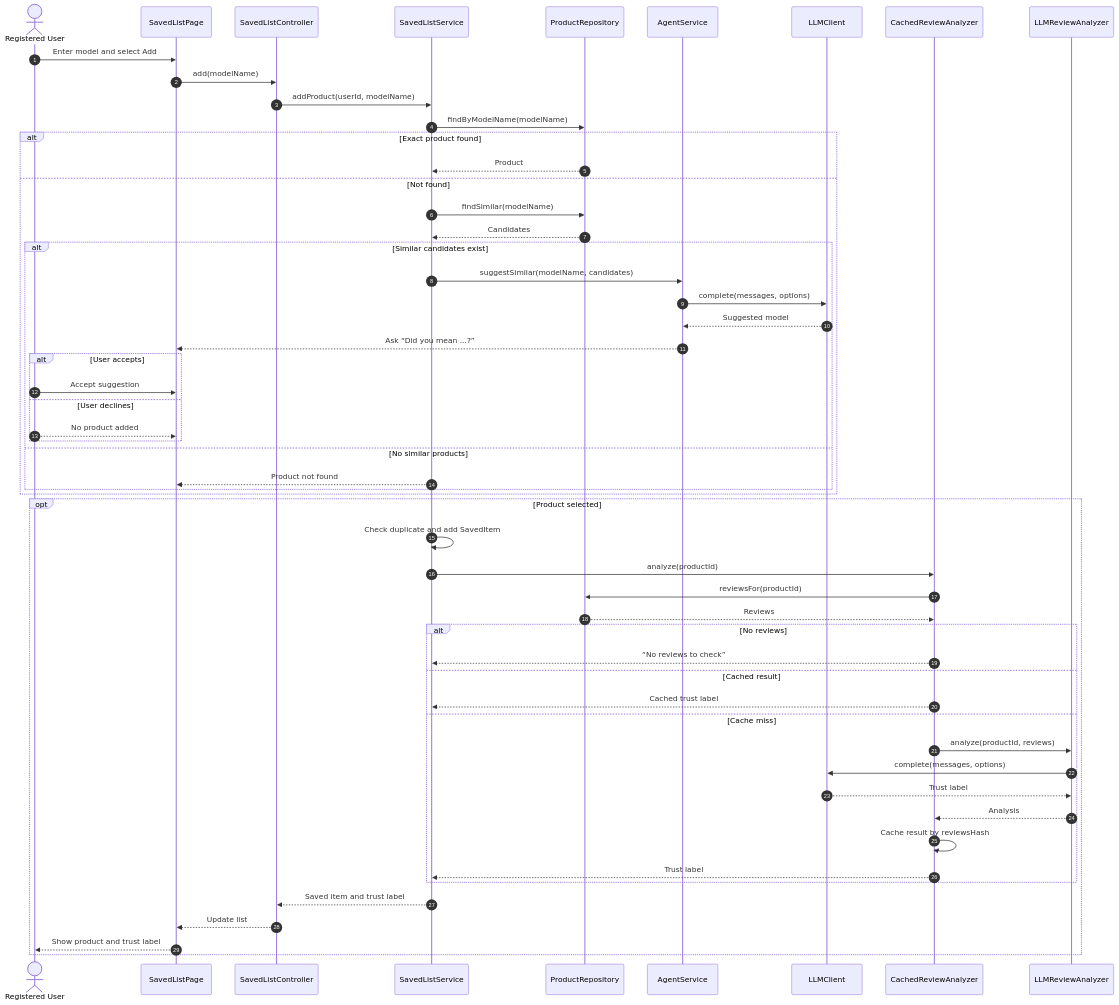
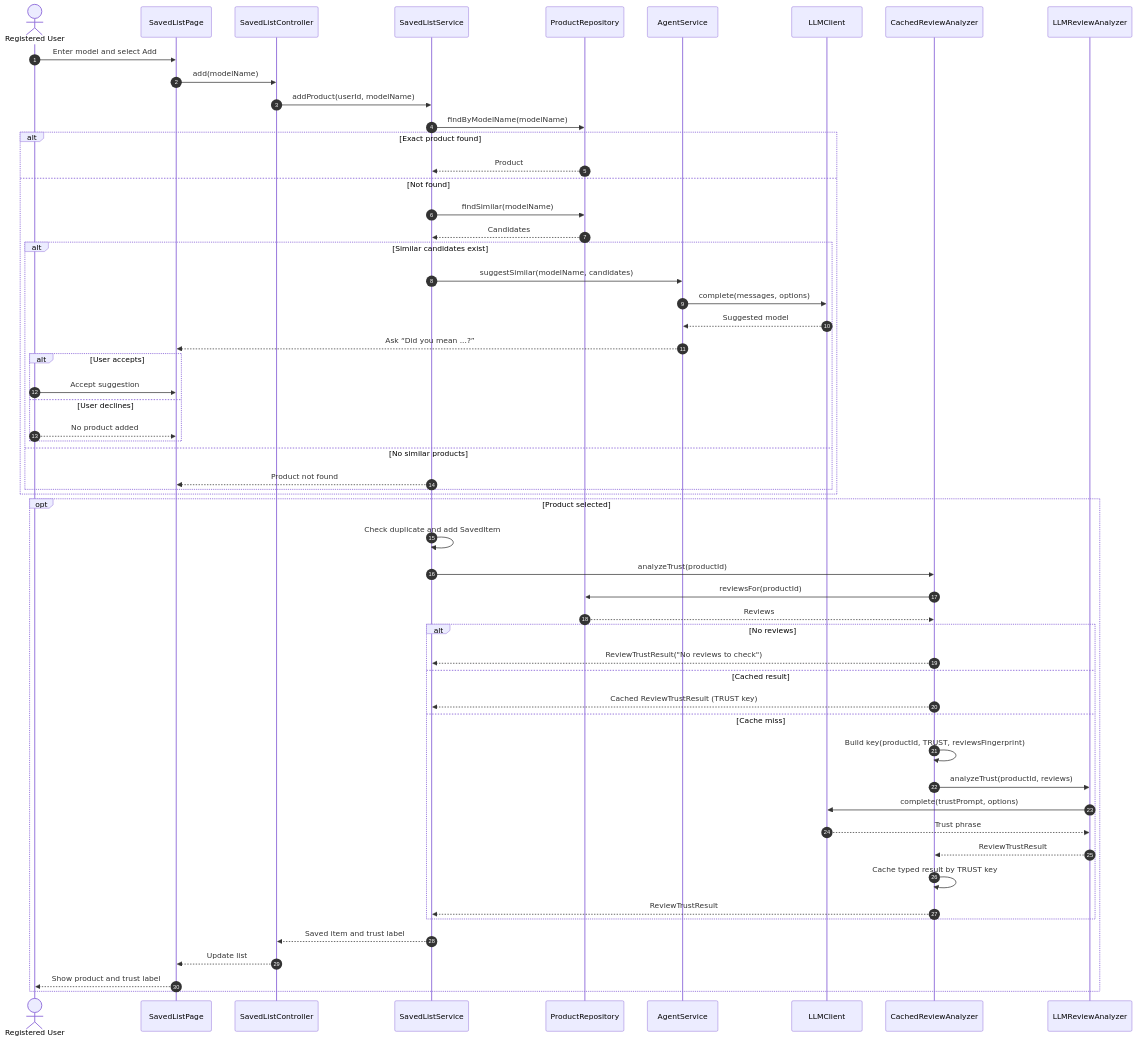
One commit to jordantran092/AI-Agent-App-Product-Finder changed the sixth of 12 diagrams in docs/design.md. Above: the diagram before and after it, drawn with Mermaid. The commit also changed other lines of this file and 1 other file, not shown here.

````diff
--- a/docs/design.md
+++ b/docs/design.md
@@ -1420,57 +1517,58 @@
 ```mermaid
 sequenceDiagram
     autonumber
     actor User as Registered User
     participant UI as SavedListPage
     participant C as SavedListController
     participant S as SavedListService
     participant R as ProductRepository
     participant A as AgentService
     participant L as LLMClient
     participant Proxy as CachedReviewAnalyzer
     participant Real as LLMReviewAnalyzer
     User->>UI: Enter model and select Add
     UI->>C: add(modelName)
     C->>S: addProduct(userId, modelName)
     S->>R: findByModelName(modelName)
     alt Exact product found
         R-->>S: Product
     else Not found
         S->>R: findSimilar(modelName)
         R-->>S: Candidates
         alt Similar candidates exist
             S->>A: suggestSimilar(modelName, candidates)
             A->>L: complete(messages, options)
             L-->>A: Suggested model
             A-->>UI: Ask “Did you mean ...?”
             alt User accepts
                 User->>UI: Accept suggestion
             else User declines
                 User-->>UI: No product added
             end
         else No similar products
             S-->>UI: Product not found
         end
     end
     opt Product selected
         S->>S: Check duplicate and add SavedItem
-        S->>Proxy: analyze(productId)
+        S->>Proxy: analyzeTrust(productId)
         Proxy->>R: reviewsFor(productId)
         R-->>Proxy: Reviews
         alt No reviews
-            Proxy-->>S: “No reviews to check”
+            Proxy-->>S: ReviewTrustResult("No reviews to check")
         else Cached result
-            Proxy-->>S: Cached trust label
+            Proxy-->>S: Cached ReviewTrustResult (TRUST key)
         else Cache miss
-            Proxy->>Real: analyze(productId, reviews)
-            Real->>L: complete(messages, options)
-            L-->>Real: Trust label
-            Real-->>Proxy: Analysis
-            Proxy->>Proxy: Cache result by reviewsHash
-            Proxy-->>S: Trust label
+            Proxy->>Proxy: Build key(productId, TRUST, reviewsFingerprint)
+            Proxy->>Real: analyzeTrust(productId, reviews)
+            Real->>L: complete(trustPrompt, options)
+            L-->>Real: Trust phrase
+            Real-->>Proxy: ReviewTrustResult
+            Proxy->>Proxy: Cache typed result by TRUST key
+            Proxy-->>S: ReviewTrustResult
         end
         S-->>C: Saved item and trust label
         C-->>UI: Update list
         UI-->>User: Show product and trust label
     end
 ```
````
